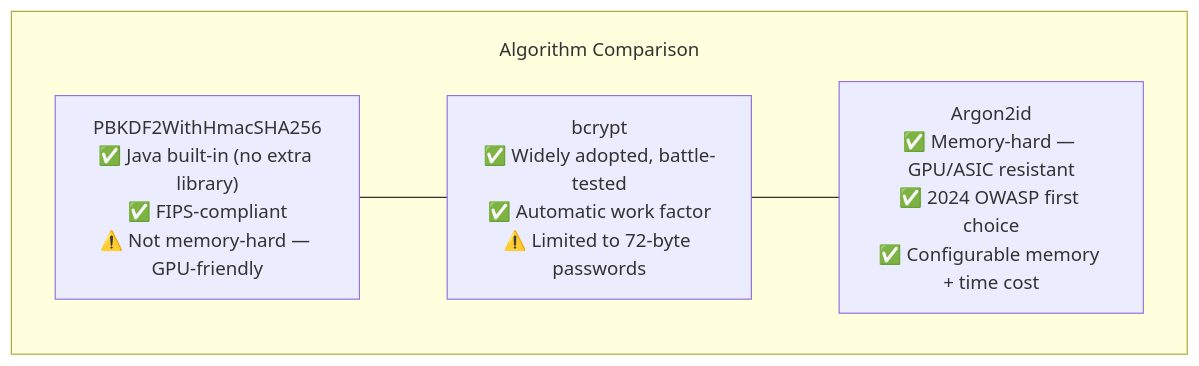
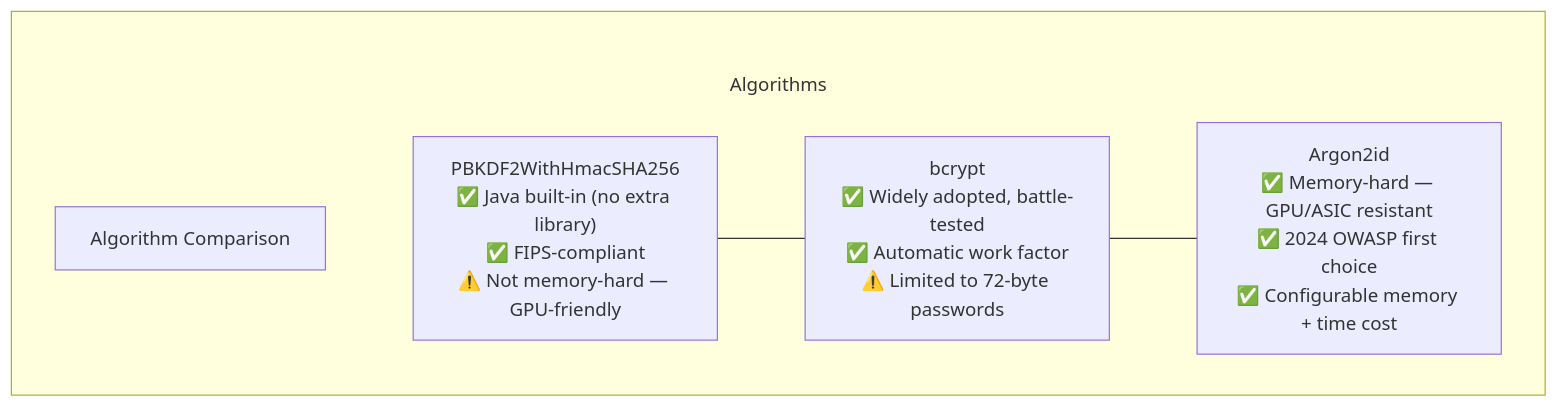
The fourth of 4 diagrams in src/main/java/security/passwords/README.md (csoares/SecurityJava), drawn with Mermaid before and after one commit. The commit also changed other lines of this file and 11 other files, not shown here.

Commit message:
Fix Mermaid subgraph title overlap by moving labels into title nodes Replace subgraph label syntax (which overlaps first node) with explicit title nodes inside each subgraph, connected via invisible edges (~~~). Also increase subGraphTitleMargin top padding from 20 to 50 for extra space.

````diff
--- a/src/main/java/security/passwords/README.md
+++ b/src/main/java/security/passwords/README.md
@@ -83,10 +91,12 @@
 ```mermaid
-%%{init: {'flowchart': {'subGraphTitleMargin': {'top': 20, 'bottom': 5}}}}%%
+%%{init: {'flowchart': {'subGraphTitleMargin': {'top': 50, 'bottom': 10}}}}%%
 flowchart TD
-    subgraph Algorithms ["Algorithm Comparison"]
+    subgraph Algorithms
+        T_Algorithms["Algorithm Comparison"]
+        T_Algorithms ~~~ A1
         A1["PBKDF2WithHmacSHA256<br/>✅ Java built-in (no extra library)<br/>✅ FIPS-compliant<br/>⚠️ Not memory-hard — GPU-friendly"]
         A2["bcrypt<br/>✅ Widely adopted, battle-tested<br/>✅ Automatic work factor<br/>⚠️ Limited to 72-byte passwords"]
         A3["Argon2id<br/>✅ Memory-hard — GPU/ASIC resistant<br/>✅ 2024 OWASP first choice<br/>✅ Configurable memory + time cost"]
         A1 --- A2 --- A3
     end
 ```
````
